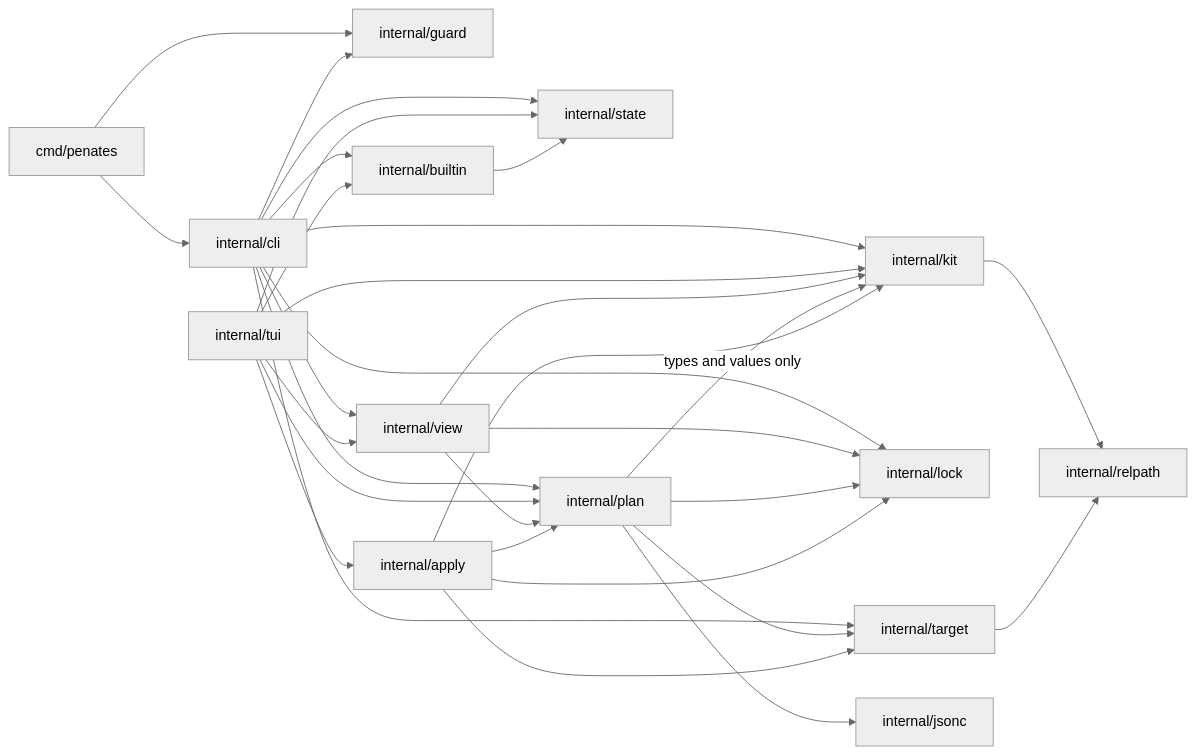
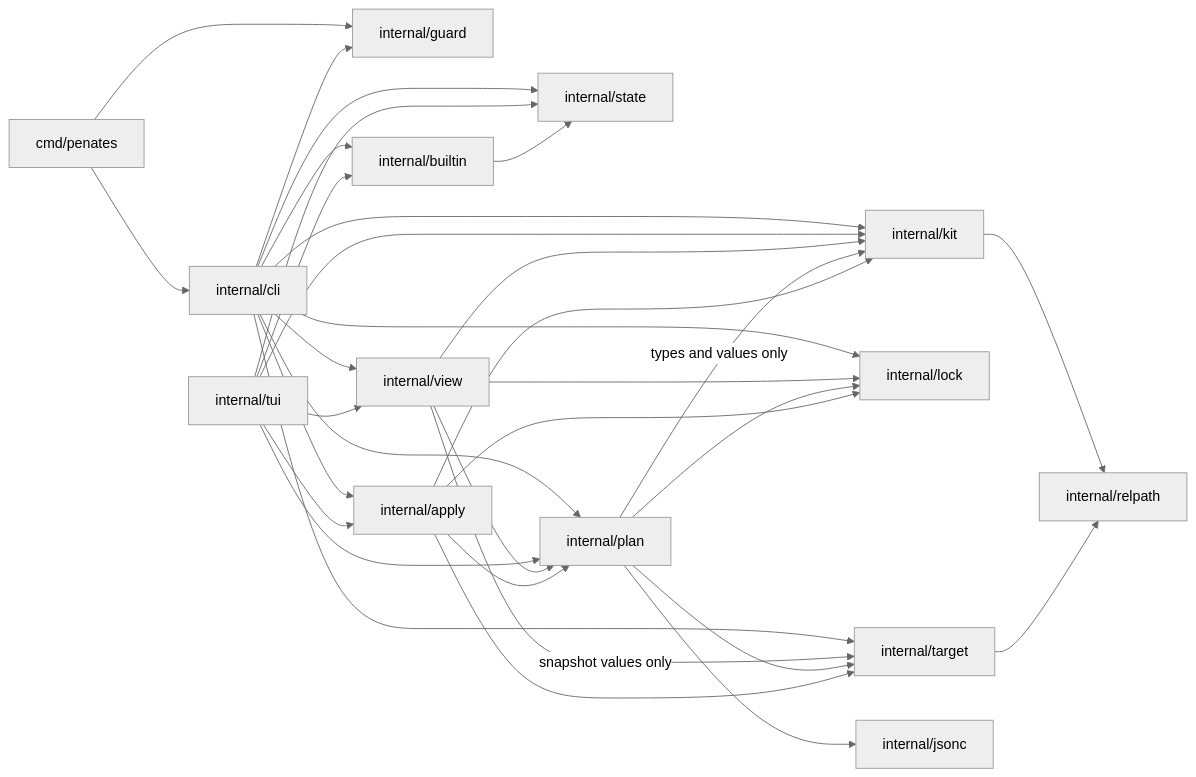
Before and after one commit to dpleshakov/penates: the diagram in docs/architecture.md, drawn with Mermaid (neutral theme). The commit also changed other lines of this file and 24 other files, not shown here.

````diff
--- a/docs/architecture.md
+++ b/docs/architecture.md
@@ -101,33 +101,35 @@
 ```mermaid
 flowchart LR
     ENTRY["cmd/penates"] --> CLI["internal/cli"]
     ENTRY --> GUARD["internal/guard"]
     CLI --> GUARD
     CLI --> VIEW["internal/view"]
     CLI --> ST["internal/state"]
     CLI --> BI["internal/builtin"]
     CLI --> KIT["internal/kit"]
     CLI --> LK["internal/lock"]
     CLI --> TG["internal/target"]
     CLI --> PL["internal/plan"]
+    CLI --> AP["internal/apply"]
     TUI["internal/tui"] --> VIEW
     TUI --> KIT["internal/kit"]
     TUI --> ST
     TUI --> PL
     TUI --> AP["internal/apply"]
     TUI --> BI
     BI --> ST
     VIEW --> KIT
     VIEW --> LK
     VIEW --> PL
+    VIEW -- snapshot values only --> TG
     PL -- types and values only --> KIT
     PL --> LK
     PL --> TG
     PL --> JC["internal/jsonc"]
     AP --> PL
     AP --> LK
     AP --> TG
     AP --> KIT
     KIT --> RP["internal/relpath"]
     TG --> RP
 ```
````
